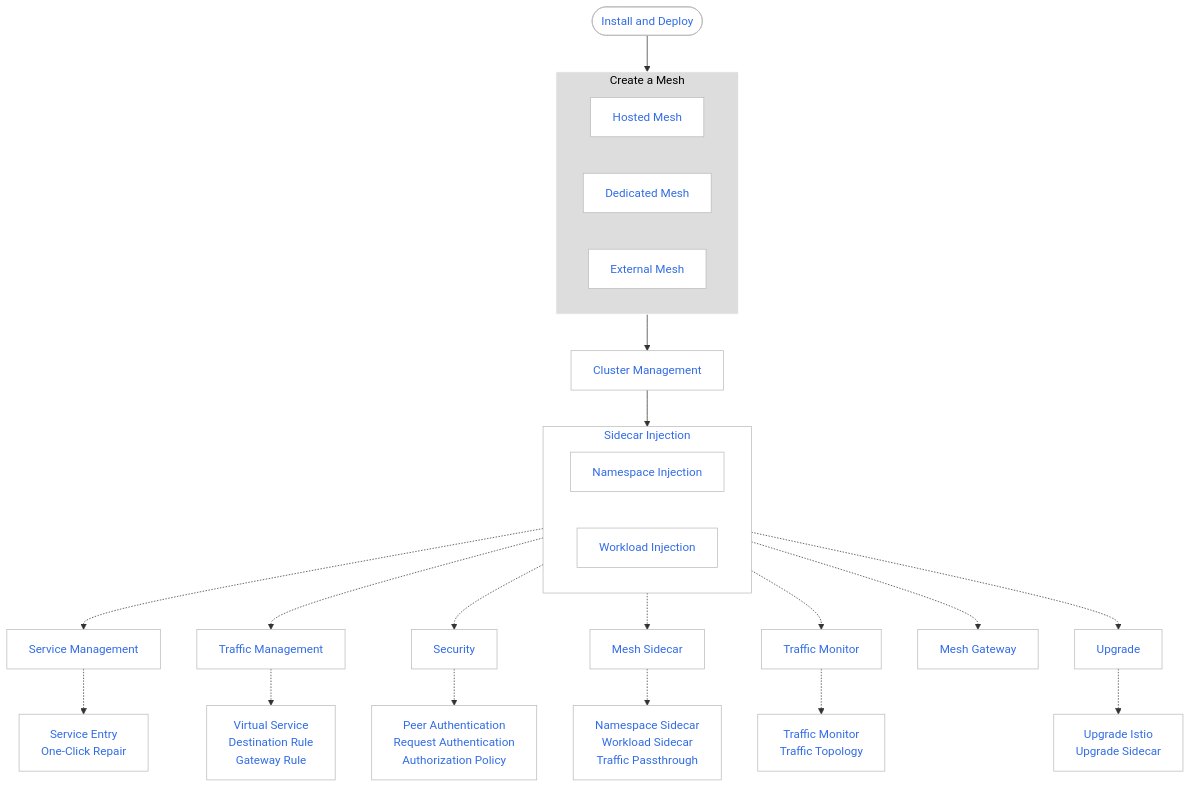
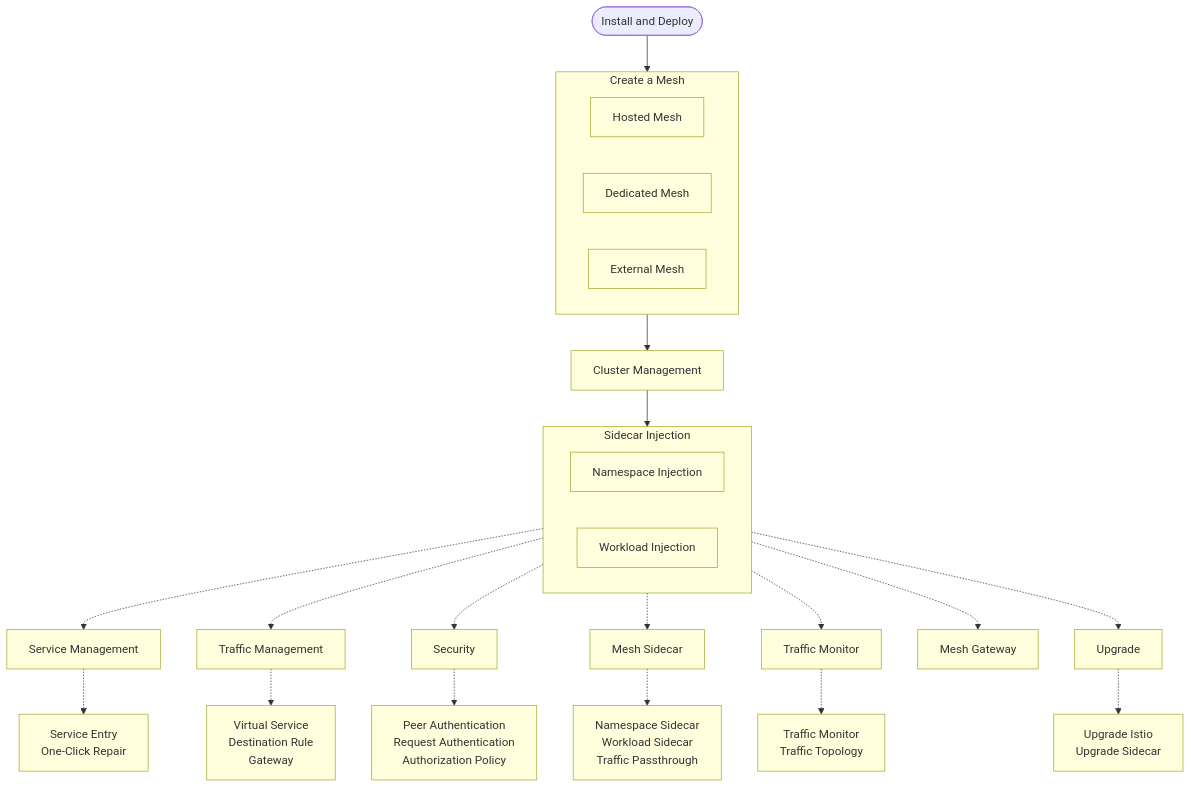
Before and after one commit to DaoCloud/DaoCloud-docs: the diagram in docs/en/docs/mspider/intro/index.md, drawn with Mermaid. The commit also changed other lines of this file and 1 other file, not shown here.

````diff
--- a/docs/en/docs/mspider/intro/index.md
+++ b/docs/en/docs/mspider/intro/index.md
@@ -89,66 +89,62 @@
 ```mermaid
 flowchart TD
 
     install([Install and Deploy])
     install --> mesh[Create a Mesh]
         subgraph mesh[Create a Mesh]
             managed[Hosted Mesh]
             private[Dedicated Mesh]
             external[External Mesh]
             
         end
 
     mesh --> cluster[Cluster Management]
 
     cluster --> inject[Sidecar Injection]
 
         subgraph inject[Sidecar Injection]
             namespace[Namespace Injection]
             workload[Workload Injection]
         end
 
     
     inject -.-> service[Service Management]
     inject -.-> traffic[Traffic Management]
     inject -.-> security[Security]
     inject -.-> sidecar[Mesh Sidecar]
     inject -.-> watch[Traffic Monitor]
     inject -.-> gateway[Mesh Gateway]
     inject -.-> upgrade[Upgrade]
     
 
     service -.-> entry[Service Entry<br>One-Click Repair]
-    traffic -.-> virtual[Virtual Service<br>Destination Rule<br>Gateway Rule]
+    traffic -.-> virtual[Virtual Service<br>Destination Rule<br>Gateway]
     security -.-> peer[Peer Authentication<br>Request Authentication<br>Authorization Policy]
     sidecar -.-> sidecarm[Namespace Sidecar<br>Workload Sidecar<br>Traffic Passthrough]
     watch -.-> watch2[Traffic Monitor<br>Traffic Topology]
     upgrade -.-> upgrade1[Upgrade Istio<br>Upgrade Sidecar]
-
-    classDef plain fill:#ddd,stroke:#fff,stroke-width:1px,color:#000;
-    classDef k8s fill:#326ce5,stroke:#fff,stroke-width:1px,color:#fff;
-    classDef cluster fill:#fff,stroke:#bbb,stroke-width:1px,color:#326ce5;
 
     class mesh plain
     class install,service,gateway,traffic,watch,upgrade,security,entry,virtual,peer,cluster,sidecar,sidecarm,watch2,managed,private,external,namespace,workload,upgrade1 cluster
 
     click install "https://docs.daocloud.io/en/mspider/install/install/"
     click managed "https://docs.daocloud.io/en/mspider/user-guide/service-mesh/"
     click private "https://docs.daocloud.io/en/mspider/user-guide/service-mesh/"
     click external "https://docs.daocloud.io/en/mspider/user-guide/service-mesh/external-mesh/"
     click cluster "https://docs.daocloud.io/en/mspider/user-guide/cluster-management/join-clus/"
     click global "https://docs.daocloud.io/en/mspider/user-guide/sidecar-management/global-sidecar/"
     click namespace "https://docs.daocloud.io/en/mspider/user-guide/sidecar-management/ns-sidecar/"
     click workload "https://docs.daocloud.io/en/mspider/user-guide/sidecar-management/workload-sidecar/"
     click gateway "https://docs.daocloud.io/en/mspider/user-guide/gateway-instance/create/"
     click service "https://docs.daocloud.io/en/mspider/user-guide/service-list/"
     click traffic "https://docs.daocloud.io/en/mspider/user-guide/traffic-governance/"
     click security "https://docs.daocloud.io/en/mspider/user-guide/security/"
     click watch "https://docs.daocloud.io/en/mspider/user-guide/traffic-monitor/"
     click upgrade "https://docs.daocloud.io/en/mspider/user-guide/upgrade/istio-update/"
     click entry "https://docs.daocloud.io/en/mspider/user-guide/service-list/service-entry/"
     click virtual "https://docs.daocloud.io/en/mspider/user-guide/traffic-governance/virtual-service/"
     click peer "https://docs.daocloud.io/en/mspider/user-guide/security/peer/"
     click sidecar "https://docs.daocloud.io/en/mspider/user-guide/sidecar-management/ns-sidecar/"
     click sidecarm "https://docs.daocloud.io/en/mspider/user-guide/sidecar-management/passthrough/"
     click watch2 "https://docs.daocloud.io/en/mspider/user-guide/traffic-monitor/conn-topo/"
 ```
````
